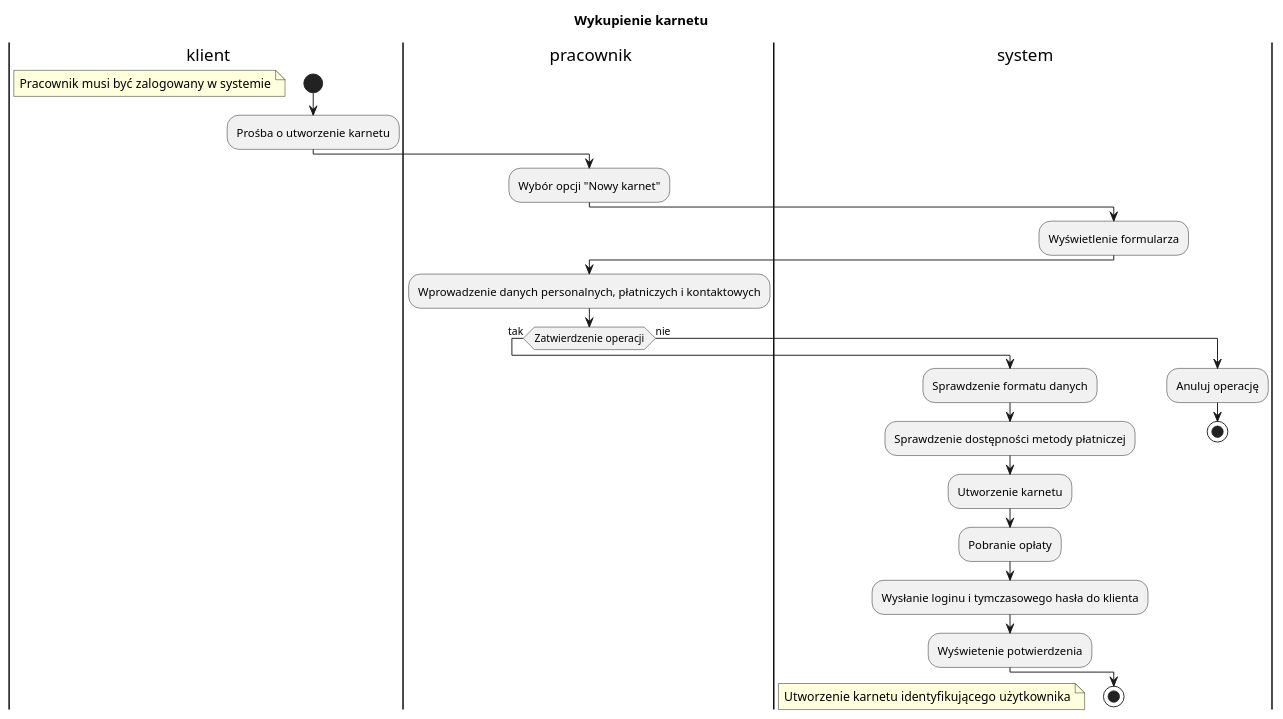
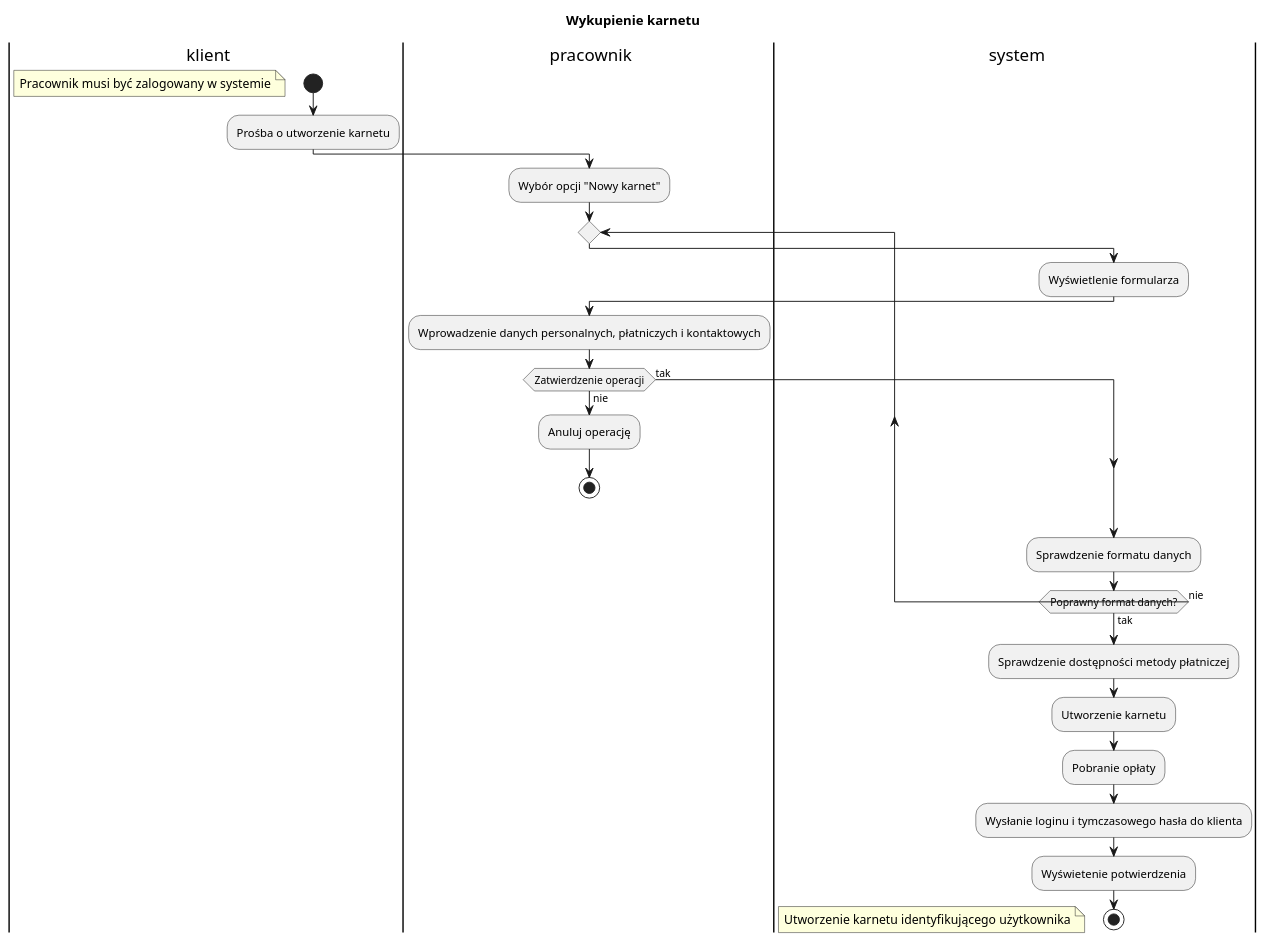
Before and after one commit to filip-stepien/software-engineering-lab: the diagram in src/activity_diagrams/filip/wykupienie_karnetu.puml, drawn with PlantUML.

Commit message:
handle nested operation

```diff
--- a/src/activity_diagrams/filip/wykupienie_karnetu.puml
+++ b/src/activity_diagrams/filip/wykupienie_karnetu.puml
@@ -1,38 +1,42 @@
 @startuml "Wykupienie karnetu"
 title "Wykupienie karnetu"
 
 |k| klient
 |p| pracownik
 |s| system
 
 |k|
 start
 floating note left: Pracownik musi być zalogowany w systemie
 :Prośba o utworzenie karnetu;
 
 |p|
 :Wybór opcji "Nowy karnet";
-
+repeat
 |s|
 :Wyświetlenie formularza;
 
 |p|
 :Wprowadzenie danych personalnych, płatniczych i kontaktowych;
 
 if (Zatwierdzenie operacji) then (tak)
+else (nie)
+|p|
+:Anuluj operację;
+stop
+endif
+
 |s|
 :Sprawdzenie formatu danych;
+repeat while (Poprawny format danych?) is (nie) not (tak)
 :Sprawdzenie dostępności metody płatniczej;
 :Utworzenie karnetu;
 :Pobranie opłaty;
 :Wysłanie loginu i tymczasowego hasła do klienta;
 :Wyświetenie potwierdzenia;
-else (nie)
-:Anuluj operację;
-stop
-endif
+
 
 stop
 floating note left: Utworzenie karnetu identyfikującego użytkownika
 
 @enduml
```
